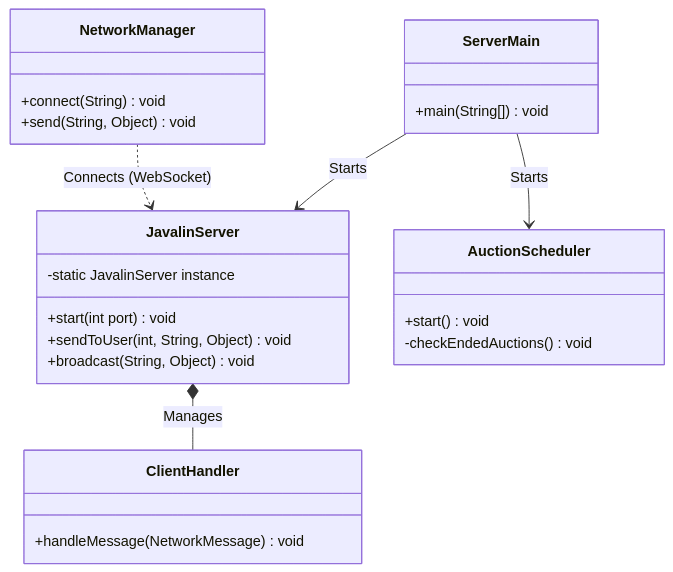
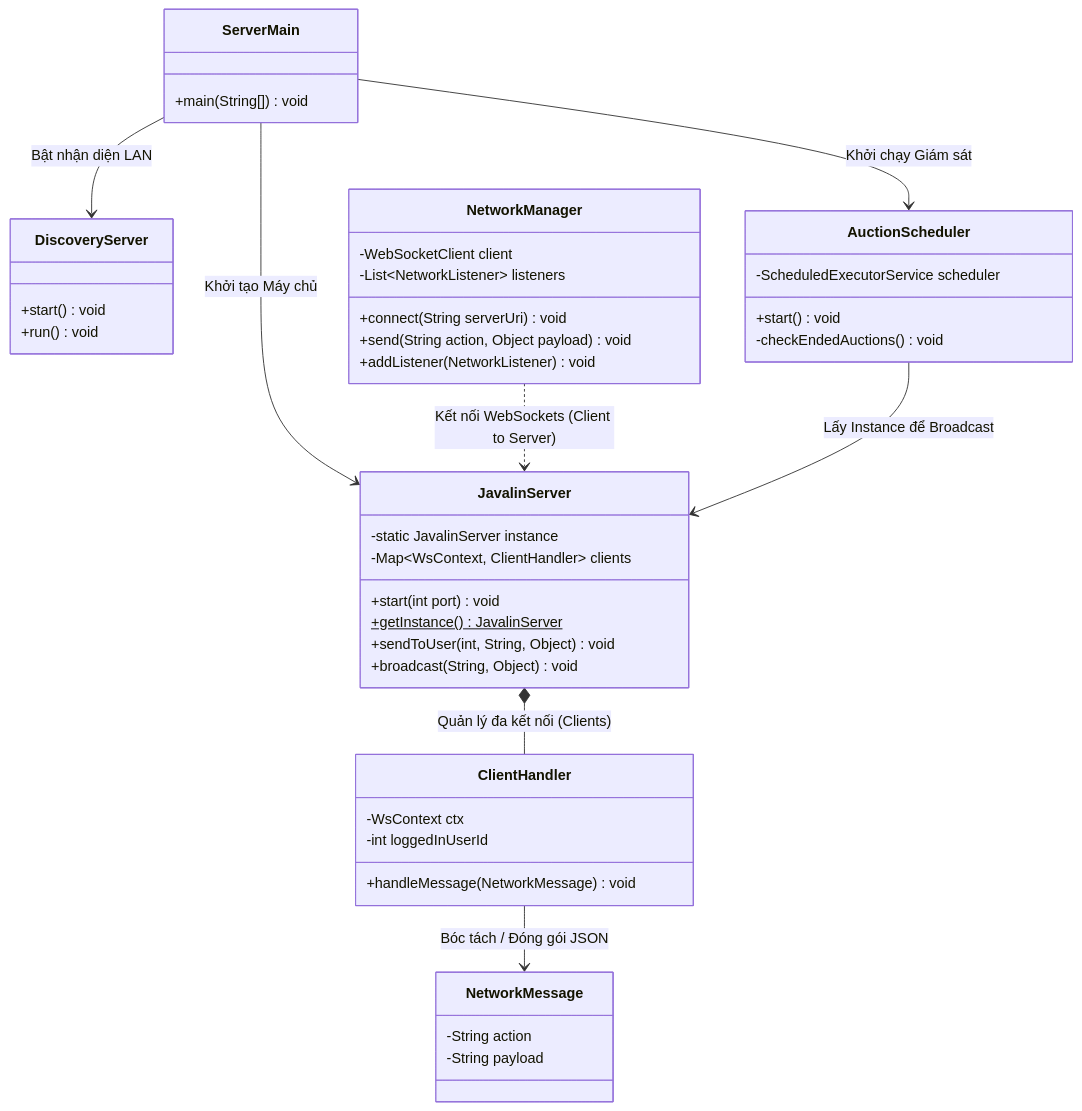
Before and after one commit to 25021616-sketch/Dau_Gia_Truc_Tuyen_Nhom2: the fourth of 4 diagrams in README.md, drawn with Mermaid. The commit also changed other lines of this file, not shown here.

````diff
--- a/README.md
+++ b/README.md
@@ -179,28 +271,57 @@
 ```mermaid
 classDiagram
     direction TB
+
+    class ServerMain {
+        +main(String[]) void
+    }
+    
+    class DiscoveryServer {
+        +start() void
+        +run() void 
+    }
+
     class JavalinServer {
         -static JavalinServer instance
+        -Map~WsContext, ClientHandler~ clients
         +start(int port) void
+        +getInstance() JavalinServer$
         +sendToUser(int, String, Object) void
         +broadcast(String, Object) void
     }
+
     class ClientHandler {
+        -WsContext ctx
+        -int loggedInUserId
         +handleMessage(NetworkMessage) void
     }
-    class NetworkManager {
-        +connect(String) void
-        +send(String, Object) void
-    }
+
     class AuctionScheduler {
+        -ScheduledExecutorService scheduler
         +start() void
         -checkEndedAuctions() void
     }
-    class ServerMain {
-        +main(String[]) void
+
+    class NetworkManager {
+        -WebSocketClient client
+        -List~NetworkListener~ listeners
+        +connect(String serverUri) void
+        +send(String action, Object payload) void
+        +addListener(NetworkListener) void
     }
-    ServerMain --> JavalinServer : Starts
-    ServerMain --> AuctionScheduler : Starts
-    JavalinServer *-- ClientHandler : Manages
-    NetworkManager ..> JavalinServer : Connects (WebSocket)
+
+    class NetworkMessage {
+        -String action
+        -String payload
+    }
+
+    ServerMain --> JavalinServer : Khởi tạo Máy chủ
+    ServerMain --> AuctionScheduler : Khởi chạy Giám sát
+    ServerMain --> DiscoveryServer : Bật nhận diện LAN
+    
+    JavalinServer *-- ClientHandler : Quản lý đa kết nối (Clients)
+    ClientHandler --> NetworkMessage : Bóc tách / Đóng gói JSON
+    
+    NetworkManager ..> JavalinServer : Kết nối WebSockets (Client to Server)
+    AuctionScheduler --> JavalinServer : Lấy Instance để Broadcast
 ```
````
